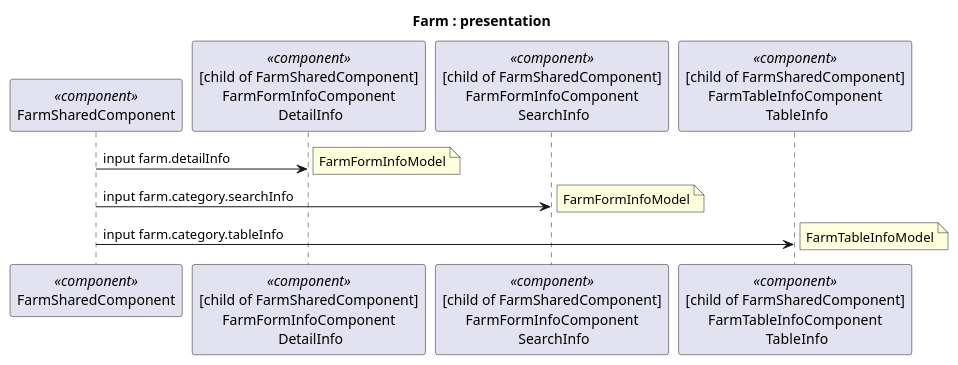
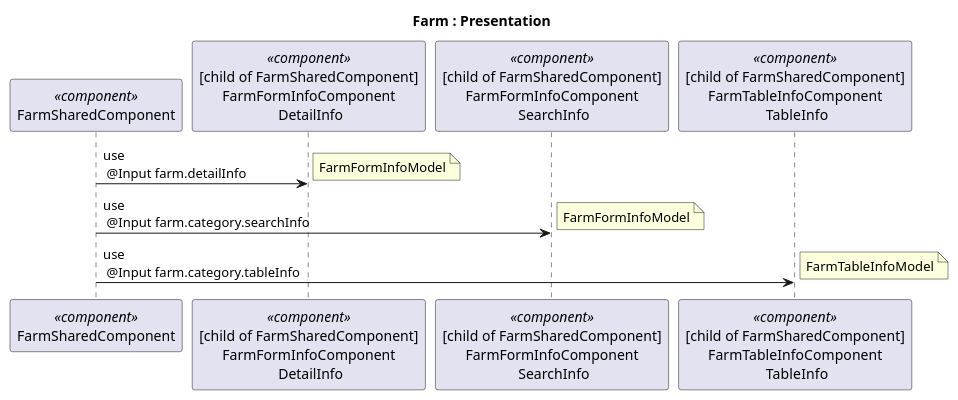
Before and after one commit to jef15938/CMS-4.0_FE-githubActions: the diagram in cms/diagram/farm/2.farm-presentation.wsd, drawn with PlantUML. The commit also changed 7 other files, not shown here.

Commit message:
順序圖更新

```diff
--- a/cms/diagram/farm/2.farm-presentation.wsd
+++ b/cms/diagram/farm/2.farm-presentation.wsd
@@ -1,16 +1,16 @@
 @startuml
 
-Title Farm : presentation
+Title Farm : Presentation
 participant "FarmSharedComponent" as main << component >>
 participant "[child of FarmSharedComponent]\nFarmFormInfoComponent\n DetailInfo" as detailInfo << component >>
 participant "[child of FarmSharedComponent]\nFarmFormInfoComponent\n SearchInfo" as searchInfo << component >>
 participant "[child of FarmSharedComponent]\nFarmTableInfoComponent\n TableInfo" as tableInfo << component >>
 
-main -> detailInfo: input farm.detailInfo
+main -> detailInfo: use \n @Input farm.detailInfo
 note right: FarmFormInfoModel
-main -> searchInfo: input farm.category.searchInfo
+main -> searchInfo: use \n @Input farm.category.searchInfo
 note right: FarmFormInfoModel
-main -> tableInfo: input farm.category.tableInfo
+main -> tableInfo: use \n @Input farm.category.tableInfo
 note right: FarmTableInfoModel
 
 @enduml
```
